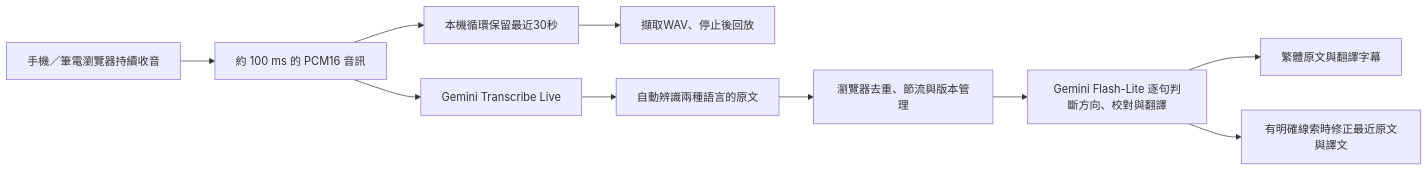
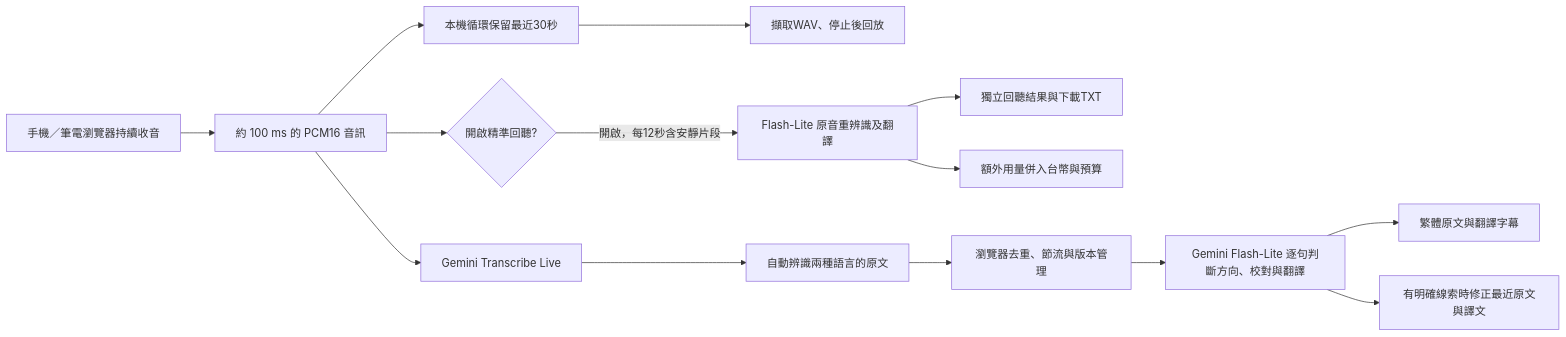
Before and after one commit to jerome956123/translator_system: the diagram in realtime-text/README.zh-TW.md, drawn with Mermaid. The commit also changed other lines of this file and 32 other files, not shown here.

````diff
--- a/realtime-text/README.zh-TW.md
+++ b/realtime-text/README.zh-TW.md
@@ -136,12 +154,16 @@
 ```mermaid
 flowchart LR
     A[手機／筆電瀏覽器持續收音] --> B[約 100 ms 的 PCM16 音訊]
     B --> C[Gemini Transcribe Live]
     B --> I[本機循環保留最近30秒]
     I --> J[擷取WAV、停止後回放]
+    B --> K{開啟精準回聽?}
+    K -->|開啟，每12秒含安靜片段| L[Flash-Lite 原音重辨識及翻譯]
+    L --> M[獨立回聽結果與下載TXT]
+    L --> N[額外用量併入台幣與預算]
     C --> D[自動辨識兩種語言的原文]
     D --> E[瀏覽器去重、節流與版本管理]
     E --> F[Gemini Flash-Lite 逐句判斷方向、校對與翻譯]
     F --> G[繁體原文與翻譯字幕]
     F --> H[有明確線索時修正最近原文與譯文]
 ```
````
